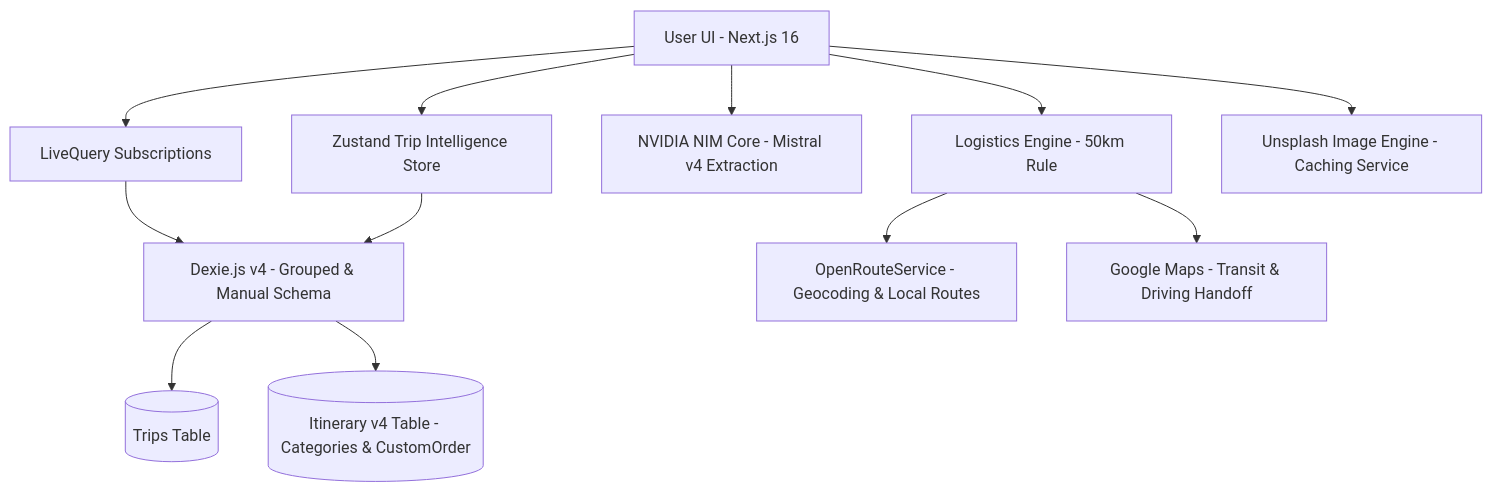
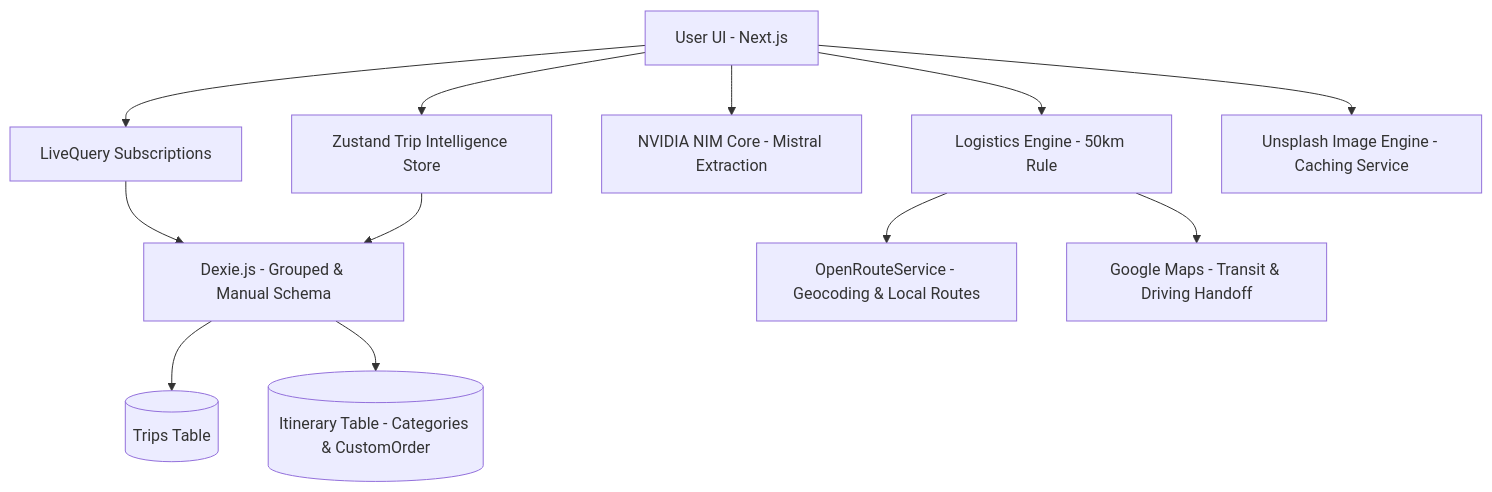
One commit to strike007-3000/RouteMate changed the diagram in README.md. Above: the diagram before and after it, drawn with Mermaid. The commit also changed other lines of this file and 22 other files, not shown here.

First line of the commit message:
v2.7.5: Immersive Hero Architecture & Adaptive Logistics Engine

````diff
--- a/README.md
+++ b/README.md
@@ -51,14 +65,14 @@
 ```mermaid
 graph TD
-    A[User UI - Next.js 16] --> B[Zustand Trip Intelligence Store]
+    A[User UI - Next.js] --> B[Zustand Trip Intelligence Store]
     A --> J[LiveQuery Subscriptions]
-    J --> C[Dexie.js v4 - Grouped & Manual Schema]
+    J --> C[Dexie.js - Grouped & Manual Schema]
     B --> C
     C --> D[(Trips Table)]
-    C --> E[(Itinerary v4 Table - Categories & CustomOrder)]
-    A --> F[NVIDIA NIM Core - Mistral v4 Extraction]
+    C --> E[(Itinerary Table - Categories & CustomOrder)]
+    A --> F[NVIDIA NIM Core - Mistral Extraction]
     A --> G[Logistics Engine - 50km Rule]
     A --> K[Unsplash Image Engine - Caching Service]
     G --> L[OpenRouteService - Geocoding & Local Routes]
     G --> H[Google Maps - Transit & Driving Handoff]
 ```
````
